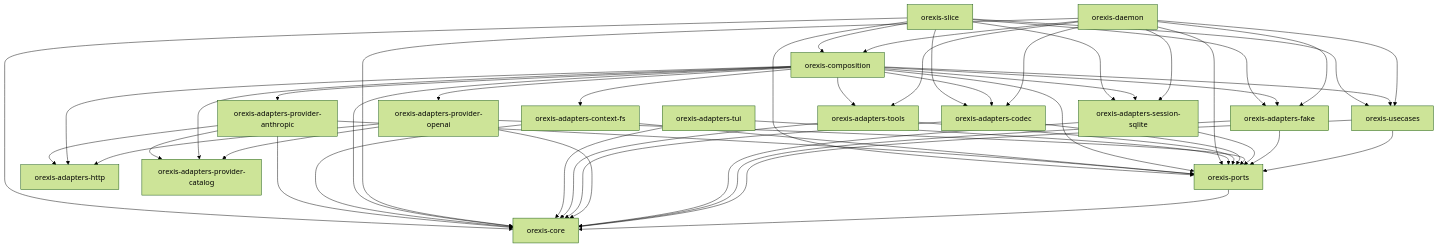
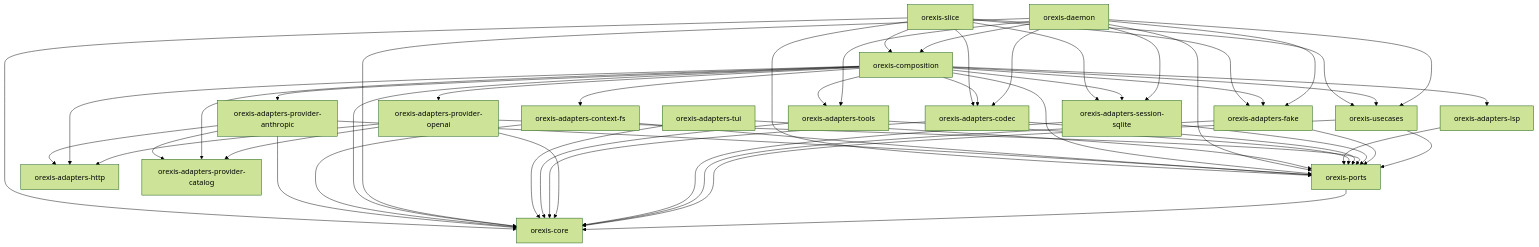
Before and after one commit to KidIkaros/orexis: the diagram in docs/orexis/seams.md, drawn with Mermaid (forest theme). The commit also changed 11 other files, not shown here.

First line of the commit message:
feat(orexis): LSP diagnostics (M3-07)

````diff
--- a/docs/orexis/seams.md
+++ b/docs/orexis/seams.md
@@ -5,53 +5,55 @@
 ```mermaid
 graph TD
   orexis-ports --> orexis-core
   orexis-usecases --> orexis-core
   orexis-usecases --> orexis-ports
   orexis-adapters-fake --> orexis-core
   orexis-adapters-fake --> orexis-ports
   orexis-adapters-session-sqlite --> orexis-core
   orexis-adapters-session-sqlite --> orexis-ports
   orexis-adapters-provider-openai --> orexis-adapters-http
   orexis-adapters-provider-openai --> orexis-adapters-provider-catalog
   orexis-adapters-provider-openai --> orexis-core
   orexis-adapters-provider-openai --> orexis-ports
   orexis-adapters-codec --> orexis-core
   orexis-adapters-codec --> orexis-ports
   orexis-adapters-tools --> orexis-core
   orexis-adapters-tools --> orexis-ports
+  orexis-adapters-lsp --> orexis-ports
   orexis-adapters-tui --> orexis-core
   orexis-adapters-tui --> orexis-ports
   orexis-daemon --> orexis-adapters-codec
   orexis-daemon --> orexis-adapters-fake
   orexis-daemon --> orexis-adapters-session-sqlite
   orexis-daemon --> orexis-adapters-tools
   orexis-daemon --> orexis-composition
   orexis-daemon --> orexis-core
   orexis-daemon --> orexis-ports
   orexis-daemon --> orexis-usecases
   orexis-composition --> orexis-adapters-codec
   orexis-composition --> orexis-adapters-context-fs
   orexis-composition --> orexis-adapters-fake
   orexis-composition --> orexis-adapters-http
+  orexis-composition --> orexis-adapters-lsp
   orexis-composition --> orexis-adapters-provider-anthropic
   orexis-composition --> orexis-adapters-provider-catalog
   orexis-composition --> orexis-adapters-provider-openai
   orexis-composition --> orexis-adapters-session-sqlite
   orexis-composition --> orexis-adapters-tools
   orexis-composition --> orexis-core
   orexis-composition --> orexis-ports
   orexis-composition --> orexis-usecases
   orexis-adapters-context-fs --> orexis-core
   orexis-adapters-context-fs --> orexis-ports
   orexis-adapters-provider-anthropic --> orexis-adapters-http
   orexis-adapters-provider-anthropic --> orexis-adapters-provider-catalog
   orexis-adapters-provider-anthropic --> orexis-core
   orexis-adapters-provider-anthropic --> orexis-ports
   orexis-slice --> orexis-adapters-codec
   orexis-slice --> orexis-adapters-fake
   orexis-slice --> orexis-adapters-session-sqlite
   orexis-slice --> orexis-composition
   orexis-slice --> orexis-core
   orexis-slice --> orexis-ports
   orexis-slice --> orexis-usecases
 ```
````
